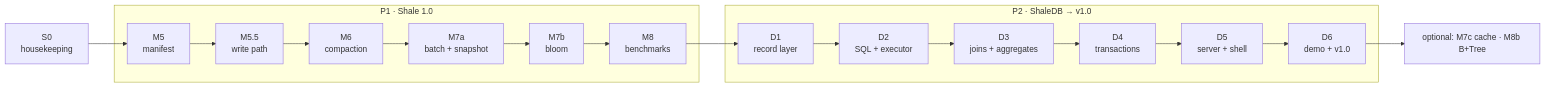
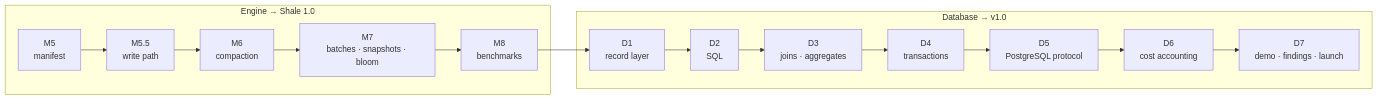
One commit to rahul-j0shi/shale changed the diagram in documentation/roadmap/completion-plan.md. Above: the diagram before and after it, drawn with Mermaid. The commit also changed other lines of this file and 16 other files, not shown here.

````diff
--- a/documentation/roadmap/completion-plan.md
+++ b/documentation/roadmap/completion-plan.md
@@ -43,12 +32,10 @@
 ```mermaid
 flowchart LR
-  s0["S0<br/>housekeeping"] --> m5["M5<br/>manifest"]
-  subgraph p1["P1 · Shale 1.0"]
-    m5 --> m55["M5.5<br/>write path"] --> m6["M6<br/>compaction"] --> m7a["M7a<br/>batch + snapshot"] --> m7b["M7b<br/>bloom"] --> m8["M8<br/>benchmarks"]
+  subgraph engine["Engine → Shale 1.0"]
+    m5["M5<br/>manifest"] --> m55["M5.5<br/>write path"] --> m6["M6<br/>compaction"] --> m7["M7<br/>batches · snapshots · bloom"] --> m8["M8<br/>benchmarks"]
   end
-  subgraph p2["P2 · ShaleDB → v1.0"]
-    d1["D1<br/>record layer"] --> d2["D2<br/>SQL + executor"] --> d3["D3<br/>joins + aggregates"] --> d4["D4<br/>transactions"] --> d5["D5<br/>server + shell"] --> d6["D6<br/>demo + v1.0"]
+  subgraph database["Database → v1.0"]
+    d1["D1<br/>record layer"] --> d2["D2<br/>SQL"] --> d3["D3<br/>joins · aggregates"] --> d4["D4<br/>transactions"] --> d5["D5<br/>PostgreSQL protocol"] --> d6["D6<br/>cost accounting"] --> d7["D7<br/>demo · findings · launch"]
   end
   m8 --> d1
-  d6 --> opt["optional: M7c cache · M8b B+Tree"]
 ```
````
